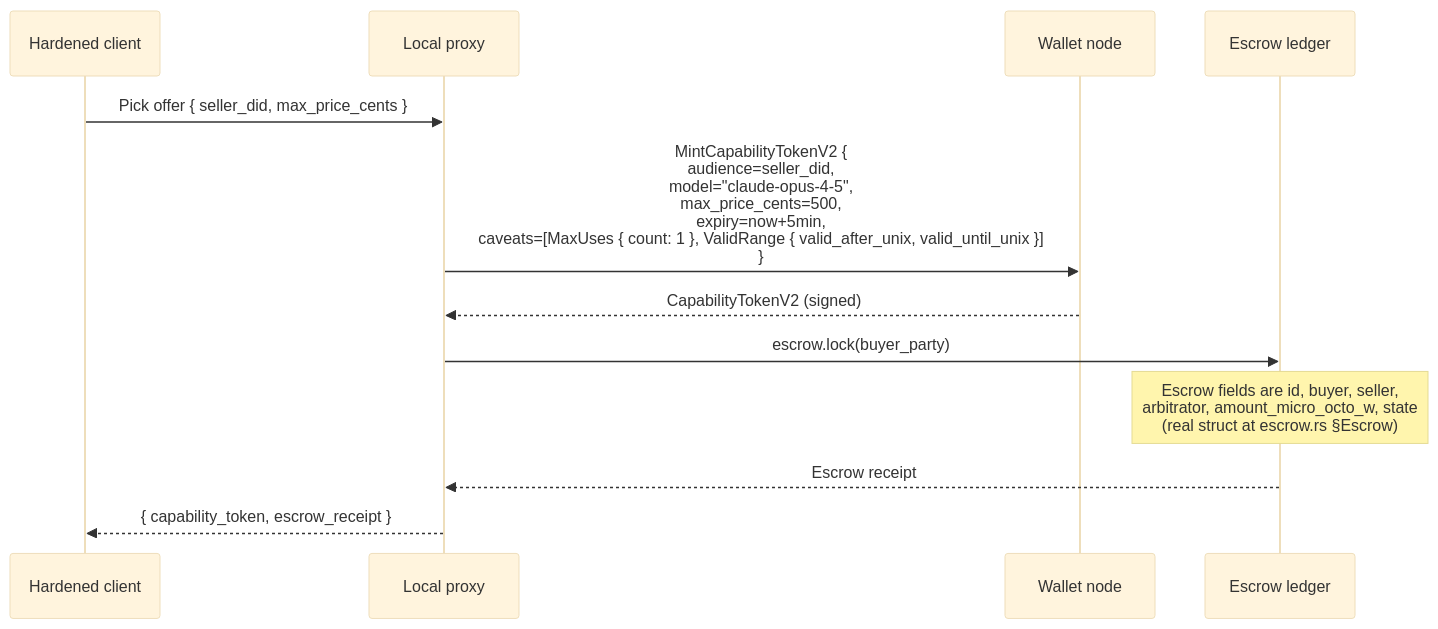
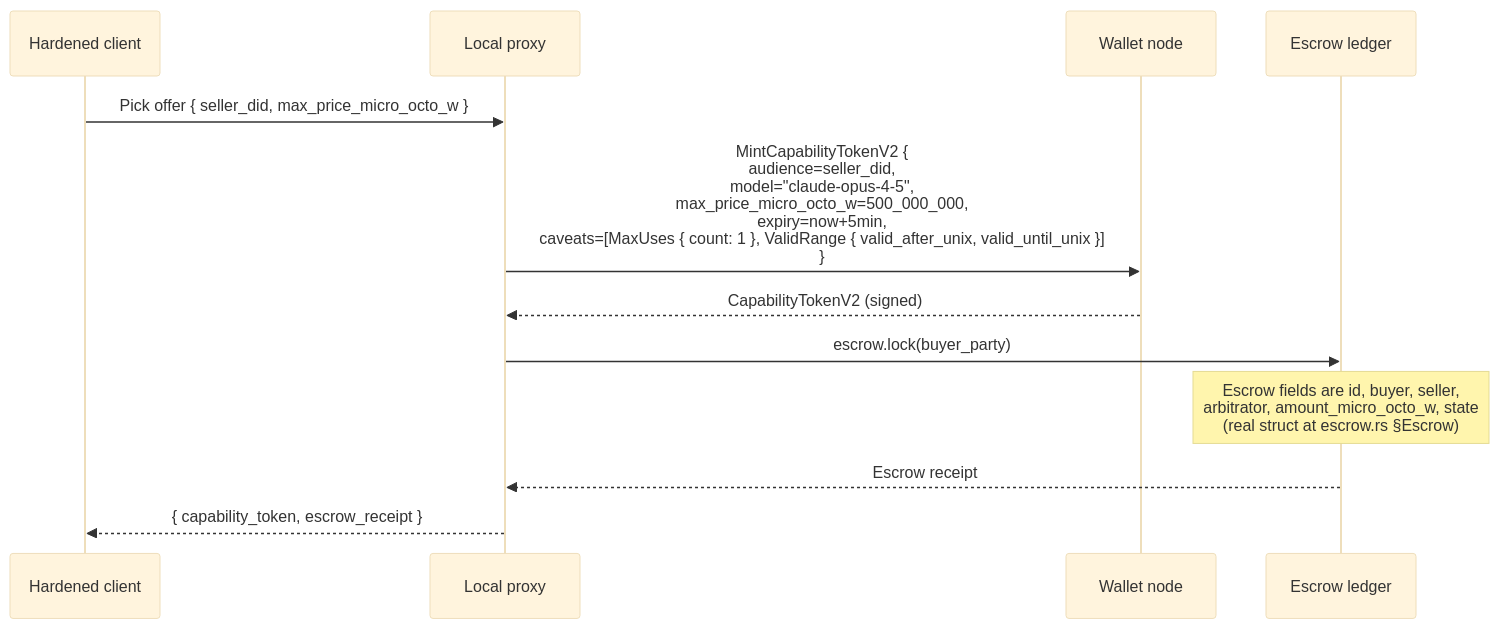
One commit to CipherOcto/cipherocto changed the seventh of 14 diagrams in docs/architecture/end-to-end-scenarios.md. Above: the diagram before and after it, drawn with Mermaid (base theme). The commit also changed other lines of this file, not shown here.

First line of the commit message:
docs(architecture): round 8 review fixes (cents→micro_octo_w, TrustRegistry, MaxPerTx tuple, markdown)

````diff
--- a/docs/architecture/end-to-end-scenarios.md
+++ b/docs/architecture/end-to-end-scenarios.md
@@ -311,15 +312,15 @@
 ```mermaid
 sequenceDiagram
     participant C as Hardened client
     participant P as Local proxy
     participant W as Wallet node
     participant E as Escrow ledger
 
-    C->>P: Pick offer { seller_did, max_price_cents }
-    P->>W: MintCapabilityTokenV2 {<br/>  audience=seller_did,<br/>  model="claude-opus-4-5",<br/>  max_price_cents=500,<br/>  expiry=now+5min,<br/>  caveats=[MaxUses { count: 1 }, ValidRange { valid_after_unix, valid_until_unix }]<br/>}
+    C->>P: Pick offer { seller_did, max_price_micro_octo_w }
+    P->>W: MintCapabilityTokenV2 {<br/>  audience=seller_did,<br/>  model="claude-opus-4-5",<br/>  max_price_micro_octo_w=500_000_000,<br/>  expiry=now+5min,<br/>  caveats=[MaxUses { count: 1 }, ValidRange { valid_after_unix, valid_until_unix }]<br/>}
     W-->>P: CapabilityTokenV2 (signed)
     P->>E: escrow.lock(buyer_party)
     Note over E: Escrow fields are id, buyer, seller,<br/>arbitrator, amount_micro_octo_w, state<br/>(real struct at escrow.rs §Escrow)
     E-->>P: Escrow receipt
     P-->>C: { capability_token, escrow_receipt }
 ```
````
